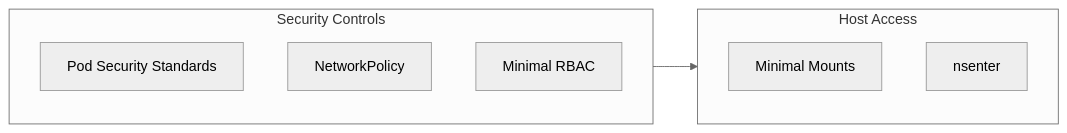
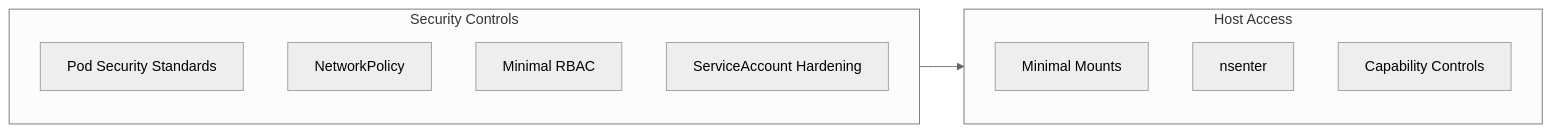
The third of 3 diagrams in README.md (nelssec/qualys-ca-helm), drawn with Mermaid (neutral theme) before and after one commit. The commit also changed other lines of this file and 6 other files, not shown here.

````diff
--- a/README.md
+++ b/README.md
@@ -164,15 +165,17 @@
 ```mermaid
 flowchart LR
     subgraph controls["Security Controls"]
         PSS[Pod Security Standards]
         NP[NetworkPolicy]
         RBAC[Minimal RBAC]
+        SA[ServiceAccount Hardening]
     end
 
     subgraph access["Host Access"]
         MM[Minimal Mounts]
         NS[nsenter]
+        CAP[Capability Controls]
     end
 
     controls --> access
 ```
````
